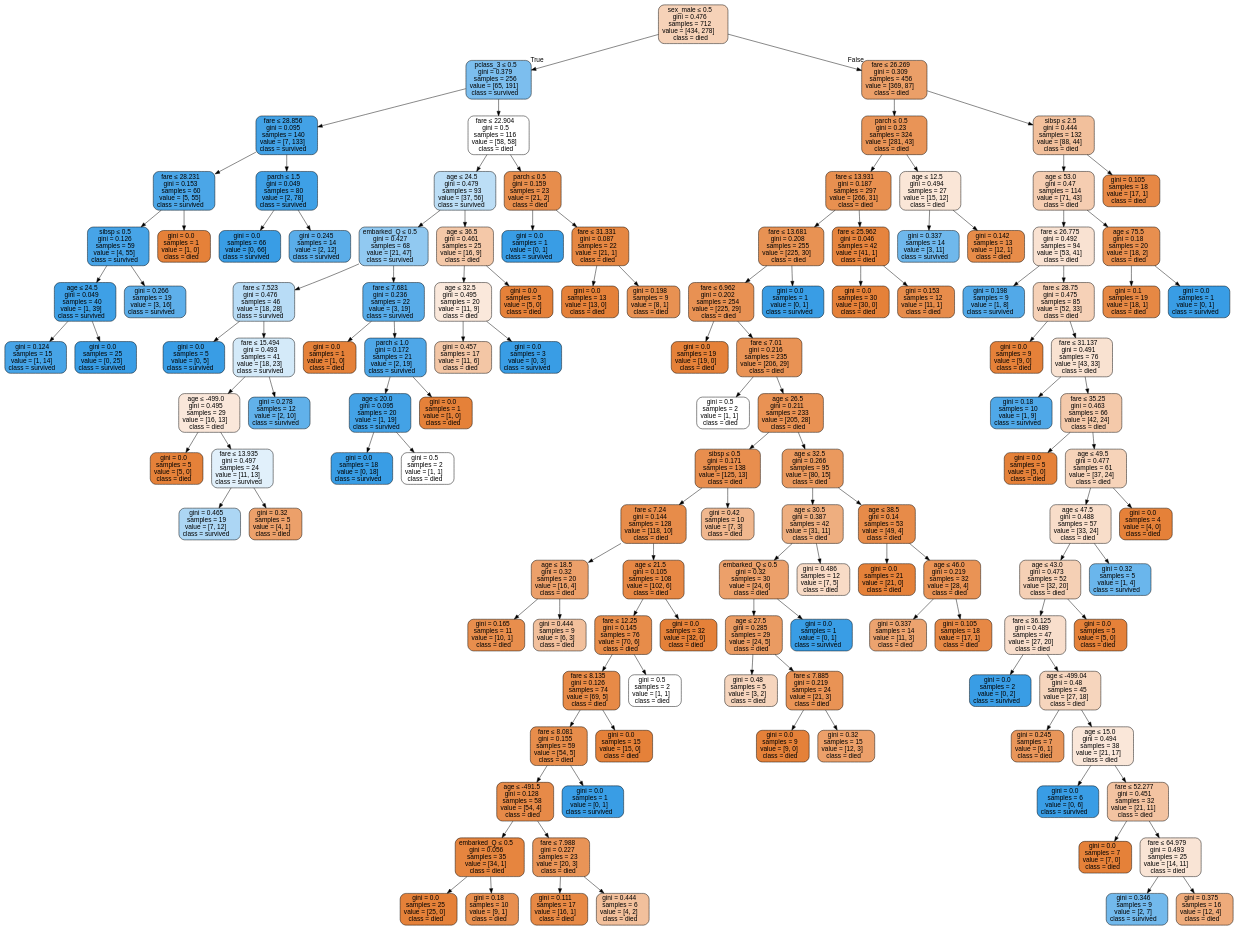
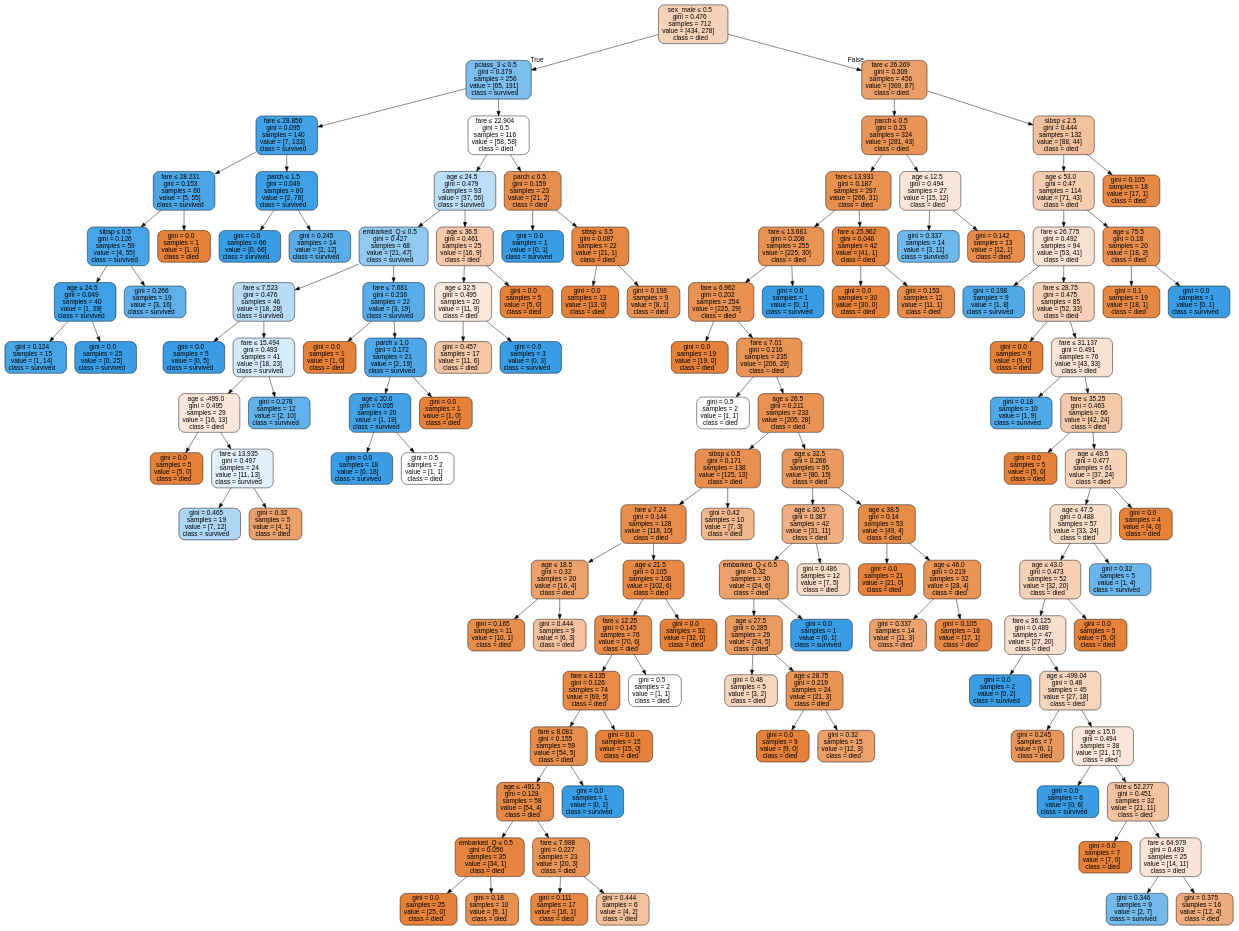
The diagram in Week5-RandomForest/Source.gv (nikolabaci98/2021-spring-data-science), drawn with Graphviz before and after one commit. The commit also changed 3 other files, not shown here.

```diff
--- a/Week5-RandomForest/Source.gv
+++ b/Week5-RandomForest/Source.gv
@@ -78,7 +78,7 @@
 13 -> 37 ;
 38 [label=<gini = 0.0<br/>samples = 1<br/>value = [0, 1]<br/>class = survived>, fillcolor="#399de5"] ;
 37 -> 38 ;
-39 [label=<fare &le; 31.331<br/>gini = 0.087<br/>samples = 22<br/>value = [21, 1]<br/>class = died>, fillcolor="#e68742"] ;
+39 [label=<sibsp &le; 3.5<br/>gini = 0.087<br/>samples = 22<br/>value = [21, 1]<br/>class = died>, fillcolor="#e68742"] ;
 37 -> 39 ;
 40 [label=<gini = 0.0<br/>samples = 13<br/>value = [13, 0]<br/>class = died>, fillcolor="#e58139"] ;
 39 -> 40 ;
@@ -154,7 +154,7 @@
 74 -> 75 ;
 76 [label=<gini = 0.48<br/>samples = 5<br/>value = [3, 2]<br/>class = died>, fillcolor="#f6d5bd"] ;
 75 -> 76 ;
-77 [label=<fare &le; 7.885<br/>gini = 0.219<br/>samples = 24<br/>value = [21, 3]<br/>class = died>, fillcolor="#e99355"] ;
+77 [label=<age &le; 28.75<br/>gini = 0.219<br/>samples = 24<br/>value = [21, 3]<br/>class = died>, fillcolor="#e99355"] ;
 75 -> 77 ;
 78 [label=<gini = 0.0<br/>samples = 9<br/>value = [9, 0]<br/>class = died>, fillcolor="#e58139"] ;
 77 -> 78 ;
```
